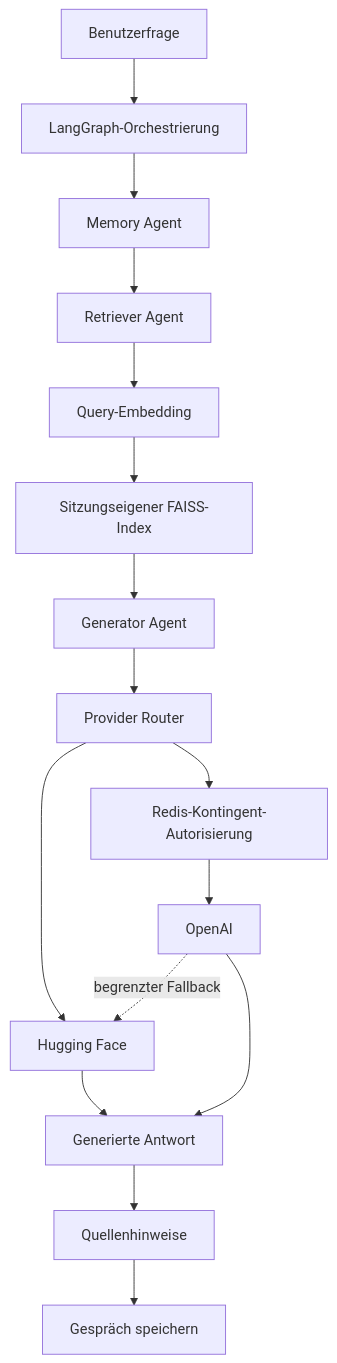
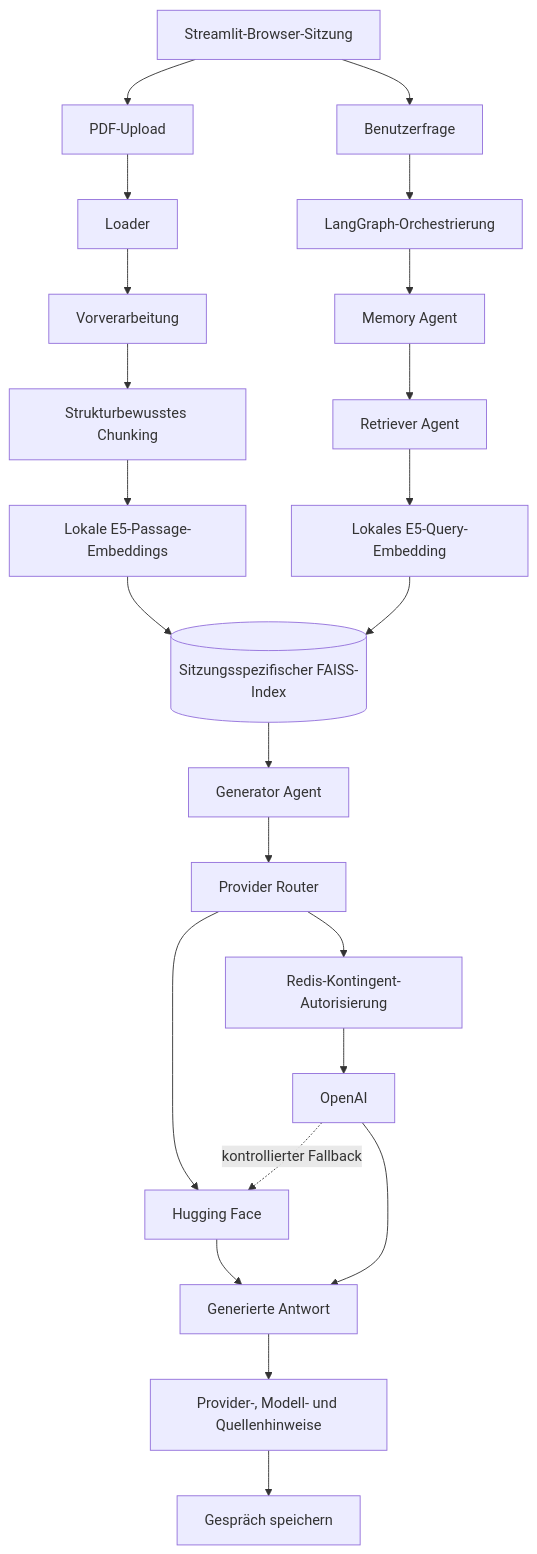
One commit to Rinovative/nlp-multiagent-rag changed the diagram in README.md. Above: the diagram before and after it, drawn with Mermaid. The commit also changed other lines of this file and 20 other files, not shown here.

````diff
--- a/README.md
+++ b/README.md
@@ -107,18 +61,30 @@
 ```mermaid
 flowchart TD
-    Q[Benutzerfrage] --> O[LangGraph-Orchestrierung]
+    S[Streamlit-Browser-Sitzung]
+
+    S --> U[PDF-Upload]
+    U --> L[Loader]
+    L --> P[Vorverarbeitung]
+    P --> C[Strukturbewusstes Chunking]
+    C --> ED[Lokale E5-Passage-Embeddings]
+    ED --> F[(Sitzungsspezifischer FAISS-Index)]
+
+    S --> Q[Benutzerfrage]
+    Q --> O[LangGraph-Orchestrierung]
     O --> M[Memory Agent]
     M --> R[Retriever Agent]
-    R --> E[Query-Embedding]
-    E --> F[Sitzungseigener FAISS-Index]
+    R --> EQ[Lokales E5-Query-Embedding]
+    EQ --> F
     F --> G[Generator Agent]
-    G --> P[Provider Router]
-    P --> H[Hugging Face]
-    P --> K[Redis-Kontingent-Autorisierung]
-    K --> A[OpenAI]
-    A -. begrenzter Fallback .-> H
-    H --> Z[Generierte Antwort]
-    A --> Z
-    Z --> V[Quellenhinweise]
-    V --> S[Gespräch speichern]
+    G --> PR[Provider Router]
+
+    PR --> HF[Hugging Face]
+    PR --> K[Redis-Kontingent-Autorisierung]
+    K --> OA[OpenAI]
+    OA -. kontrollierter Fallback .-> HF
+
+    HF --> A[Generierte Antwort]
+    OA --> A
+    A --> V[Provider-, Modell- und Quellenhinweise]
+    V --> H[Gespräch speichern]
 ```
````
